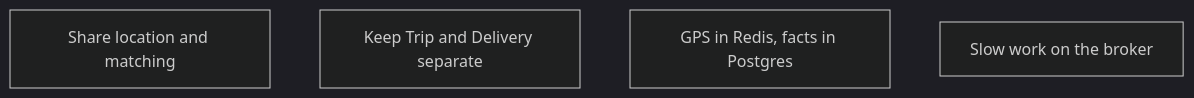
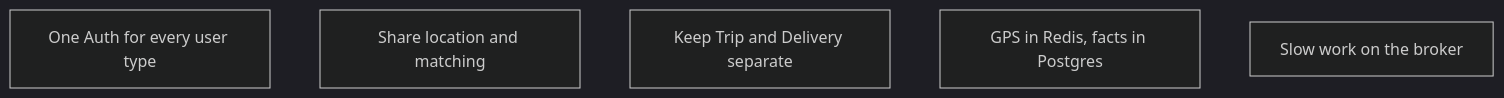
Diagram 15 of 16 in case-studies/mobility-delivery-platform/README.md (mostafiz57/Software-Architecture-Playbook), drawn with Mermaid (dark theme) before and after one commit. The commit also changed other lines of this file, not shown here.

Commit message:
added auth platfrom

````diff
--- a/case-studies/mobility-delivery-platform/README.md
+++ b/case-studies/mobility-delivery-platform/README.md
@@ -385,7 +502,8 @@
 ```mermaid
 flowchart TB
+  R0["One Auth for every user type"]
   R1["Share location and matching"]
   R2["Keep Trip and Delivery separate"]
   R3["GPS in Redis, facts in Postgres"]
   R4["Slow work on the broker"]
 ```
````
